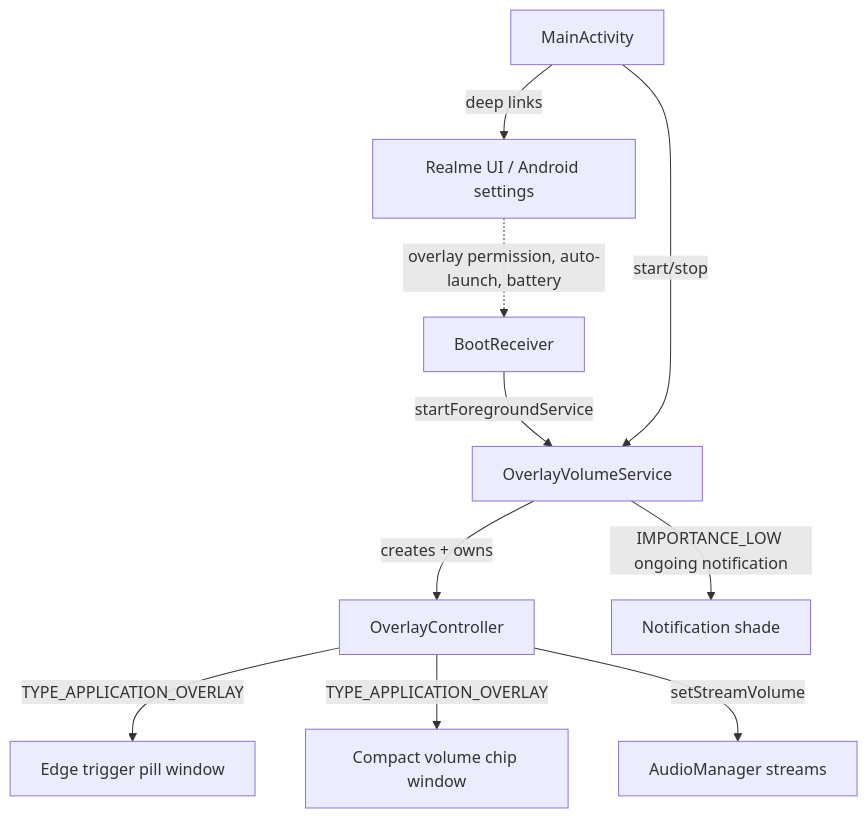
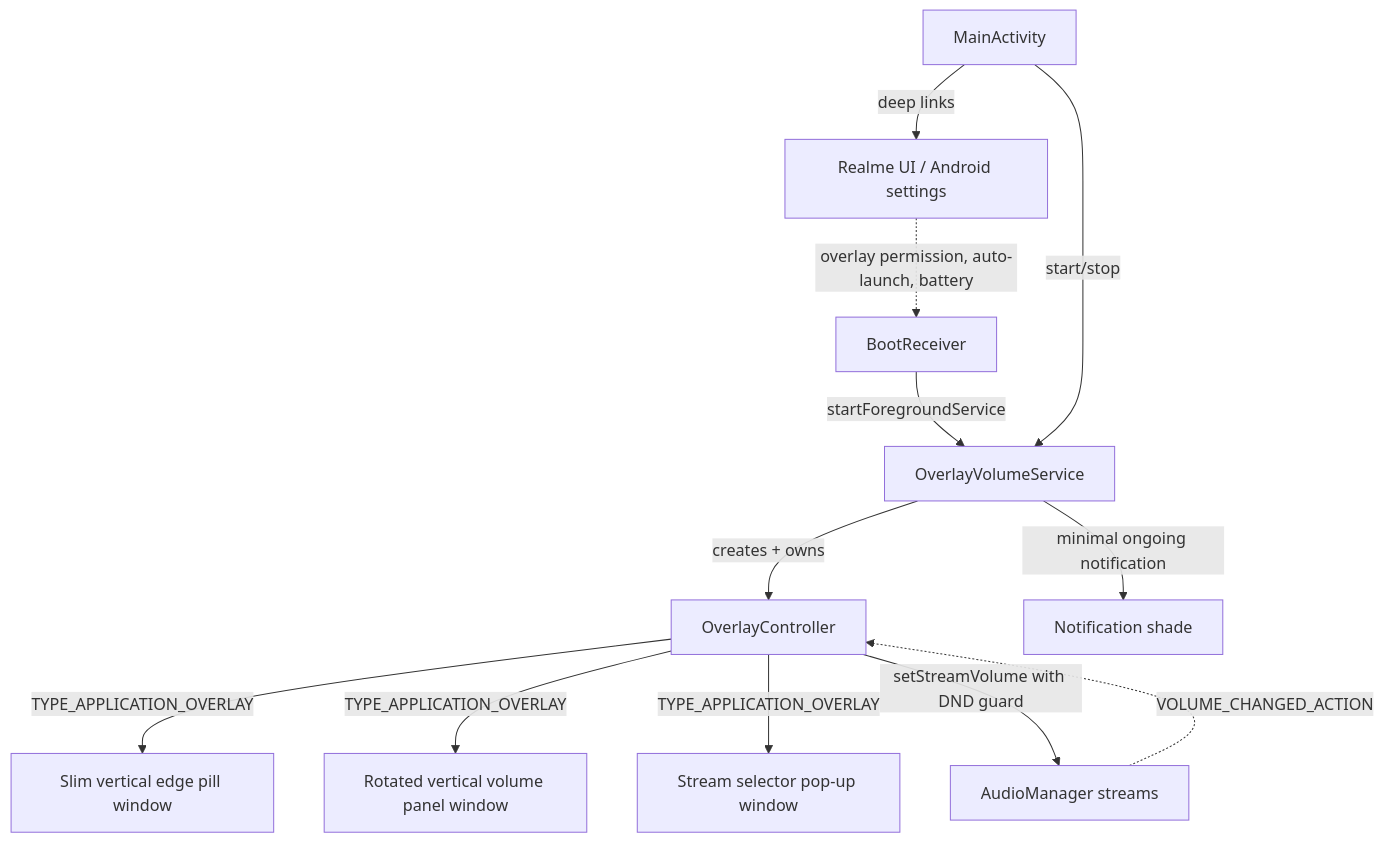
Before and after one commit to Mostakim2005/volume-manager: the first of 2 diagrams in docs/ARCHITECTURE.md, drawn with Mermaid. The commit also changed other lines of this file and 24 other files, not shown here.

Commit message:
feat(v1.2.0): implement rotated vertical volume slider, slim 28dp edge pill, and ultra-compact green ball notification

````diff
--- a/docs/ARCHITECTURE.md
+++ b/docs/ARCHITECTURE.md
@@ -6,12 +6,14 @@
 ```mermaid
 flowchart TD
     BOOT[BootReceiver] -->|startForegroundService| SVC[OverlayVolumeService]
     ACT[MainActivity] -->|start/stop| SVC
     SVC -->|creates + owns| OC[OverlayController]
-    SVC -->|IMPORTANCE_LOW ongoing notification| NOTIF[Notification shade]
-    OC -->|TYPE_APPLICATION_OVERLAY| HANDLE[Edge trigger pill window]
-    OC -->|TYPE_APPLICATION_OVERLAY| CHIP[Compact volume chip window]
-    OC -->|setStreamVolume| AUDIO[AudioManager streams]
+    SVC -->|minimal ongoing notification| NOTIF[Notification shade]
+    OC -->|TYPE_APPLICATION_OVERLAY| HANDLE[Slim vertical edge pill window]
+    OC -->|TYPE_APPLICATION_OVERLAY| PANEL[Rotated vertical volume panel window]
+    OC -->|TYPE_APPLICATION_OVERLAY| POPUP[Stream selector pop-up window]
+    OC -->|setStreamVolume with DND guard| AUDIO[AudioManager streams]
+    AUDIO -.->|VOLUME_CHANGED_ACTION| OC
     ACT -->|deep links| OEM[Realme UI / Android settings]
     OEM -.->|overlay permission, auto-launch, battery| BOOT
 ```
````
